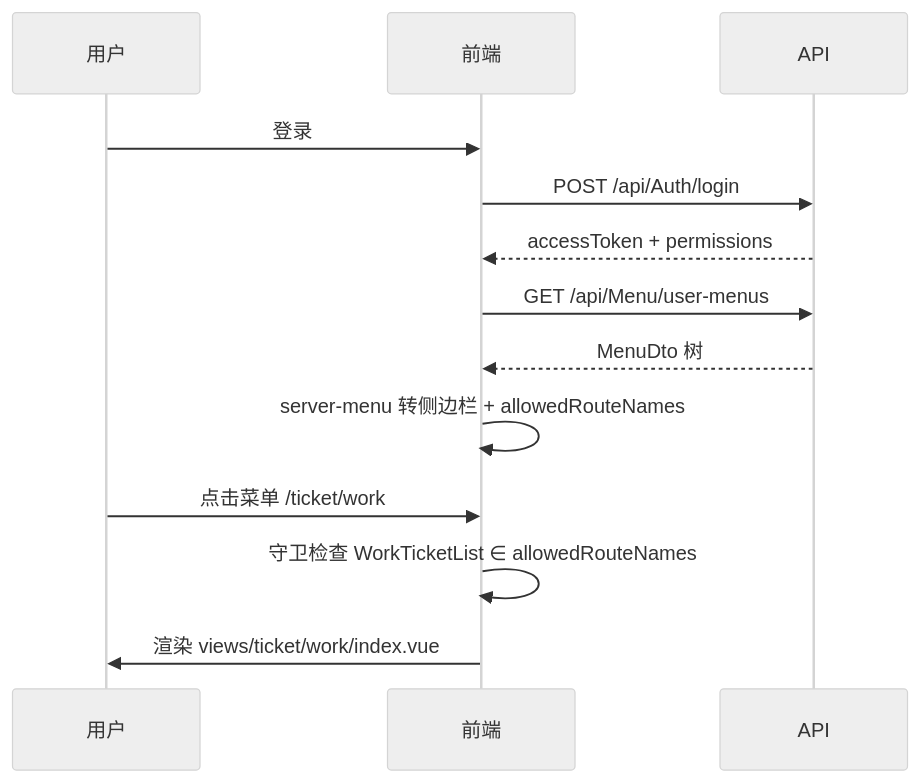
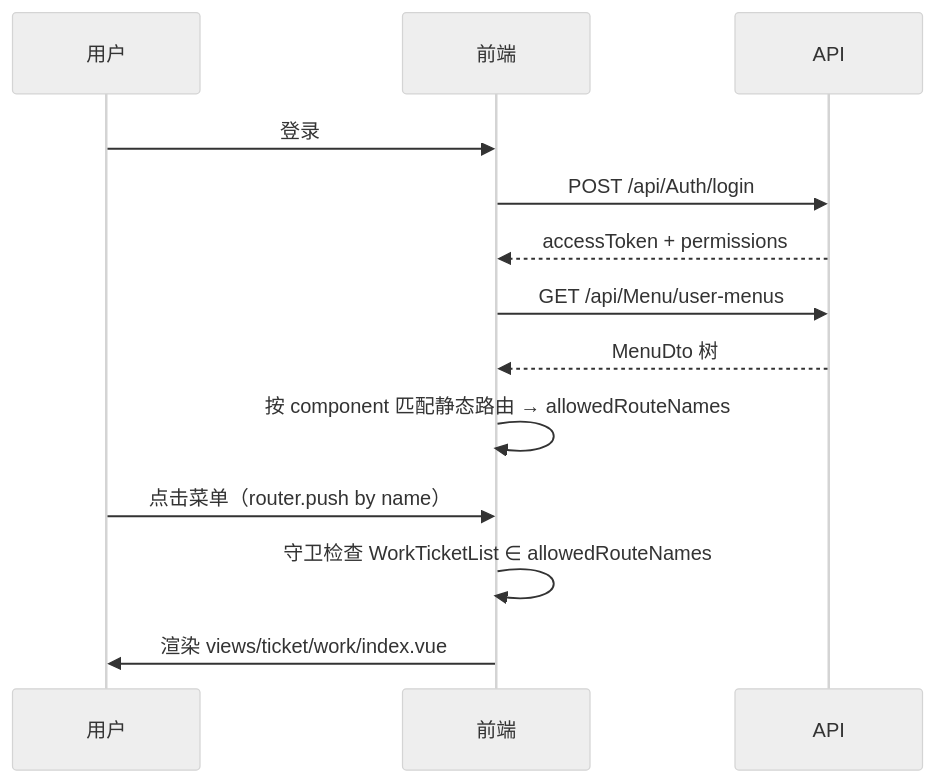
The diagram in docs/frontend/server-menu.md (hdonghua/doc-beaverx-admin), drawn with Mermaid (neutral theme) before and after one commit. The commit also changed other lines of this file and 7 other files, not shown here.

````diff
--- a/docs/frontend/server-menu.md
+++ b/docs/frontend/server-menu.md
@@ -7,16 +7,16 @@
 ```mermaid
 sequenceDiagram
   participant U as 用户
   participant F as 前端
   participant A as API
 
   U->>F: 登录
   F->>A: POST /api/Auth/login
   A-->>F: accessToken + permissions
   F->>A: GET /api/Menu/user-menus
   A-->>F: MenuDto 树
-  F->>F: server-menu 转侧边栏 + allowedRouteNames
-  U->>F: 点击菜单 /ticket/work
+  F->>F: 按 component 匹配静态路由 → allowedRouteNames
+  U->>F: 点击菜单（router.push by name）
   F->>F: 守卫检查 WorkTicketList ∈ allowedRouteNames
   F->>U: 渲染 views/ticket/work/index.vue
 ```
````
